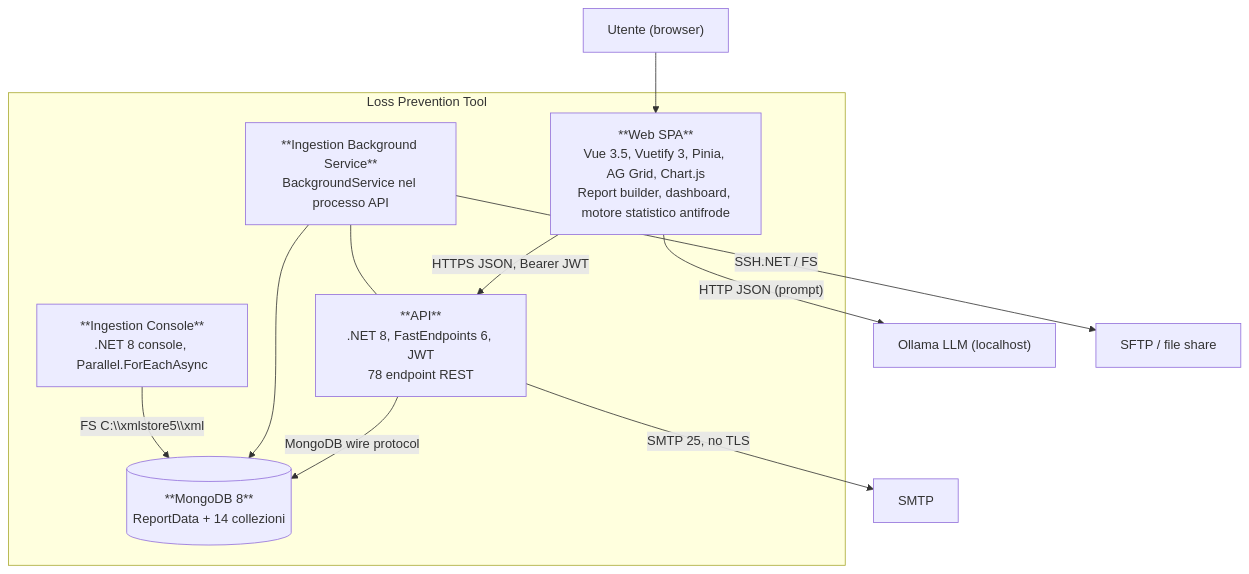
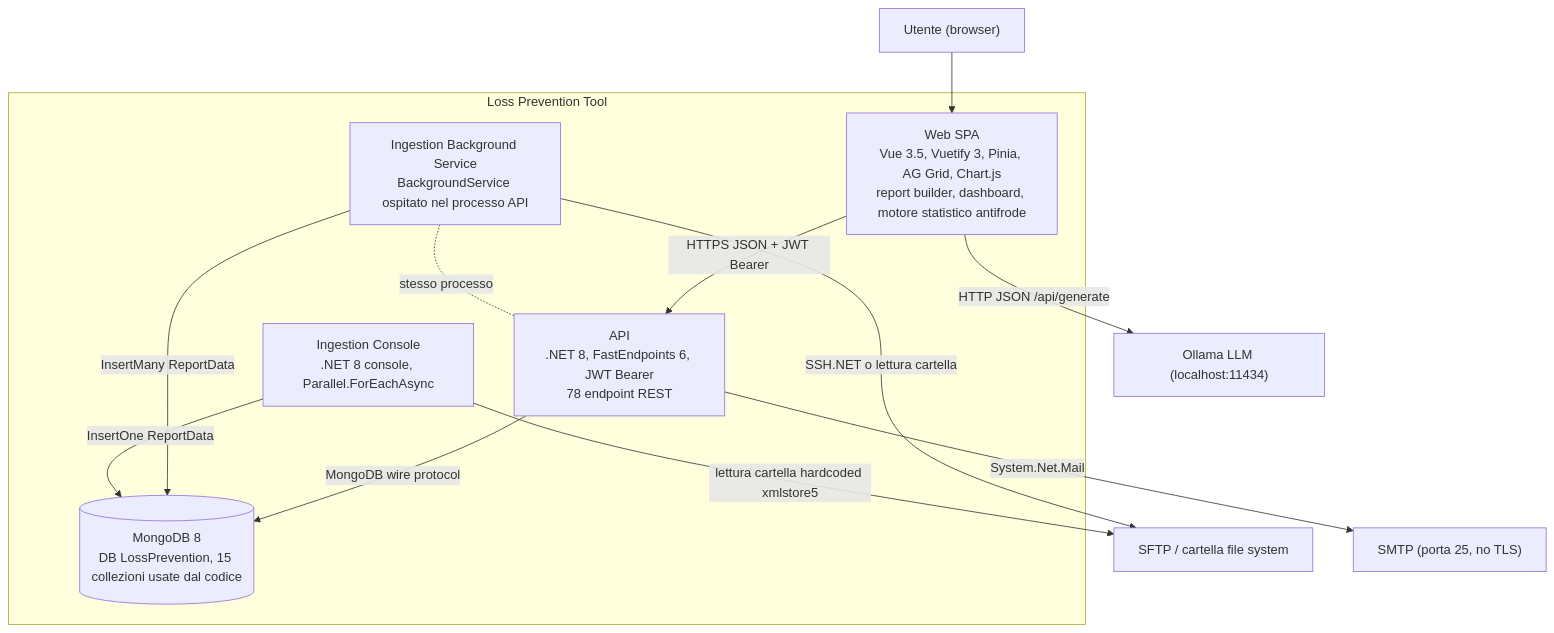
Before and after one commit to saristot/LOSS_PREVENTION: the third of 9 diagrams in customspa-it-loss-prevention-d098a8b97860/Docs/06_software_architecture.md, drawn with Mermaid. The commit also changed other lines of this file and 23 other files, not shown here.

````diff
--- a/customspa-it-loss-prevention-d098a8b97860/Docs/06_software_architecture.md
+++ b/customspa-it-loss-prevention-d098a8b97860/Docs/06_software_architecture.md
@@ -36,23 +135,24 @@
 ```mermaid
 flowchart TB
   user["Utente (browser)"]
   subgraph sys["Loss Prevention Tool"]
-    spa["**Web SPA**<br/>Vue 3.5, Vuetify 3, Pinia, AG Grid, Chart.js<br/>Report builder, dashboard, motore statistico antifrode"]
-    api["**API**<br/>.NET 8, FastEndpoints 6, JWT<br/>78 endpoint REST"]
-    bg["**Ingestion Background Service**<br/>BackgroundService nel processo API"]
-    con["**Ingestion Console**<br/>.NET 8 console, Parallel.ForEachAsync"]
-    db[("**MongoDB 8**<br/>ReportData + 14 collezioni")]
+    spa["Web SPA<br/>Vue 3.5, Vuetify 3, Pinia, AG Grid, Chart.js<br/>report builder, dashboard, motore statistico antifrode"]
+    api["API<br/>.NET 8, FastEndpoints 6, JWT Bearer<br/>78 endpoint REST"]
+    bg["Ingestion Background Service<br/>BackgroundService ospitato nel processo API"]
+    con["Ingestion Console<br/>.NET 8 console, Parallel.ForEachAsync"]
+    db[("MongoDB 8<br/>DB LossPrevention, 15 collezioni usate dal codice")]
   end
-  llm["Ollama LLM (localhost)"]
-  sftp["SFTP / file share"]
-  smtp["SMTP"]
+  llm["Ollama LLM (localhost:11434)"]
+  sftp["SFTP / cartella file system"]
+  smtp["SMTP (porta 25, no TLS)"]
   user --> spa
-  spa -- "HTTPS JSON, Bearer JWT" --> api
-  spa -- "HTTP JSON (prompt)" --> llm
+  spa -- "HTTPS JSON + JWT Bearer" --> api
+  spa -- "HTTP JSON /api/generate" --> llm
   api -- "MongoDB wire protocol" --> db
-  bg --- api
-  bg -- "SSH.NET / FS" --> sftp
-  bg --> db
-  con -- "FS C:\\xmlstore5\\xml" --> db
-  api -- "SMTP 25, no TLS" --> smtp
+  bg -. "stesso processo" .- api
+  bg -- "SSH.NET o lettura cartella" --> sftp
+  bg -- "InsertMany ReportData" --> db
+  con -- "lettura cartella hardcoded xmlstore5" --> sftp
+  con -- "InsertOne ReportData" --> db
+  api -- "System.Net.Mail" --> smtp
 ```
````
